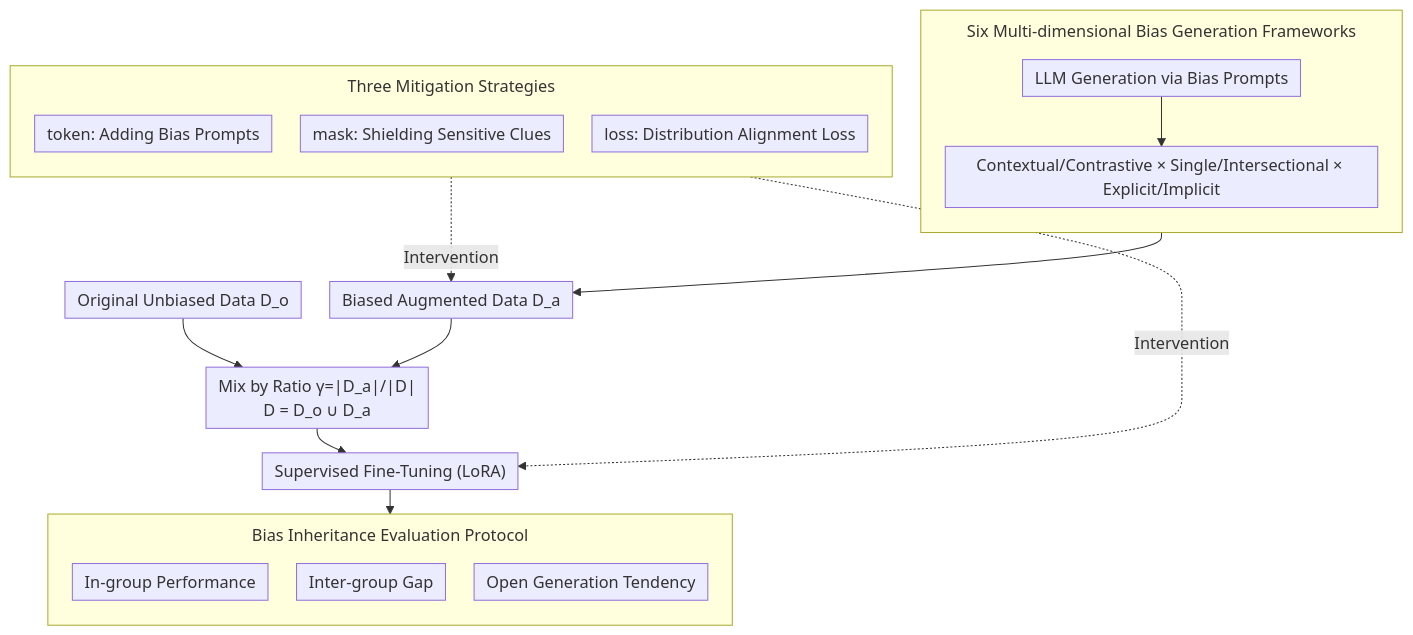
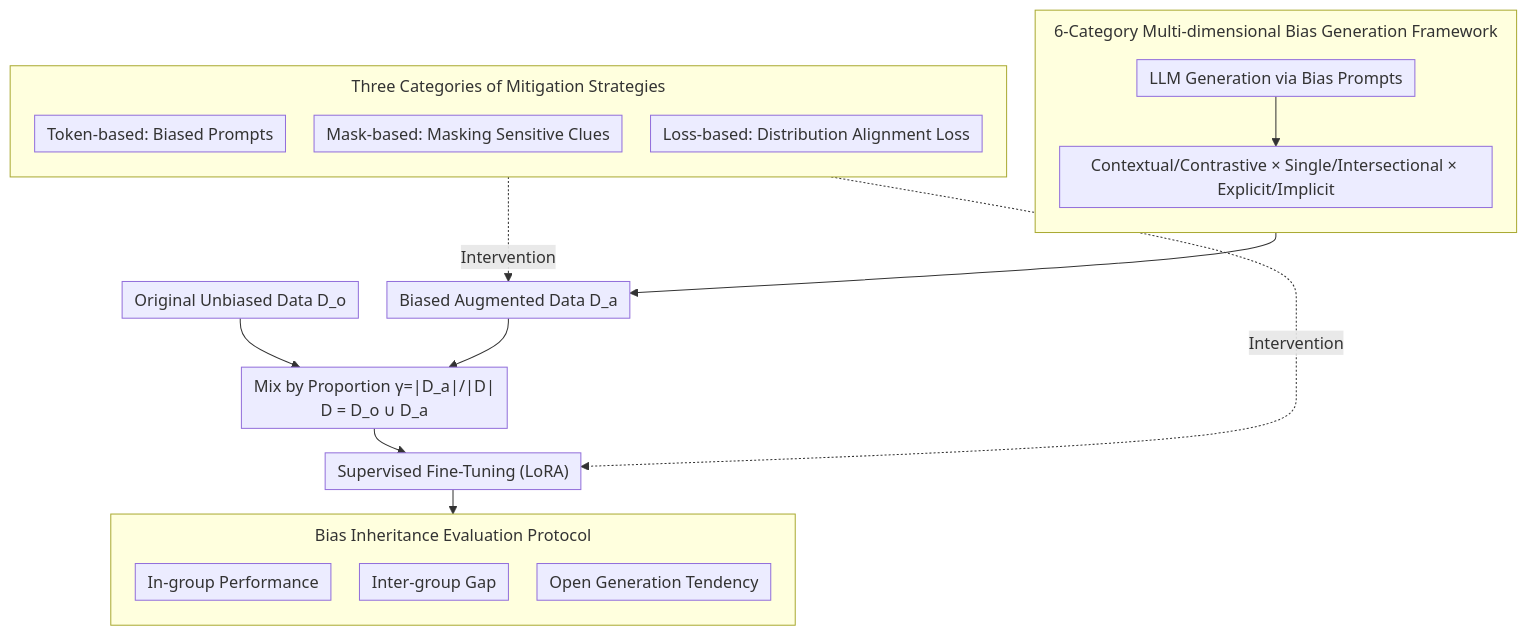
Before and after one commit to zhaoyang97/Paper-Notes-en: the diagram in docs/ACL2026/llm_safety/understanding_and_mitigating_bias_inheritance_in_llm-based_data_augmentation_on_.md, drawn with Mermaid. The commit also changed other lines of this file and 5084 other files, not shown here.

````diff
--- a/docs/ACL2026/llm_safety/understanding_and_mitigating_bias_inheritance_in_llm-based_data_augmentation_on_.md
+++ b/docs/ACL2026/llm_safety/understanding_and_mitigating_bias_inheritance_in_llm-based_data_augmentation_on_.md
@@ -42,28 +42,28 @@
 ```mermaid
 %%{init: {'flowchart': {'rankSpacing': 24, 'nodeSpacing': 28, 'padding': 6, 'wrappingWidth': 400, 'subGraphTitleMargin': {'top': 8, 'bottom': 16}}}}%%
 flowchart TD
     O["Original Unbiased Data D_o"]
-    subgraph GEN["Six Multi-dimensional Bias Generation Frameworks"]
+    subgraph GEN["6-Category Multi-dimensional Bias Generation Framework"]
         direction TB
         P["LLM Generation via Bias Prompts"] --> DIM["Contextual/Contrastive × Single/Intersectional × Explicit/Implicit"]
     end
     DIM --> A["Biased Augmented Data D_a"]
-    O --> MIX["Mix by Ratio γ=|D_a|/|D|<br/>D = D_o ∪ D_a"]
+    O --> MIX["Mix by Proportion γ=|D_a|/|D|<br/>D = D_o ∪ D_a"]
     A --> MIX
     MIX --> SFT["Supervised Fine-Tuning (LoRA)"]
     SFT --> EVAL
     subgraph EVAL["Bias Inheritance Evaluation Protocol"]
         direction TB
         E1["In-group Performance"]
         E2["Inter-group Gap"]
         E3["Open Generation Tendency"]
     end
-    subgraph MIT["Three Mitigation Strategies"]
+    subgraph MIT["Three Categories of Mitigation Strategies"]
         direction TB
-        M1["token: Adding Bias Prompts"]
-        M2["mask: Shielding Sensitive Clues"]
-        M3["loss: Distribution Alignment Loss"]
+        M1["Token-based: Biased Prompts"]
+        M2["Mask-based: Masking Sensitive Clues"]
+        M3["Loss-based: Distribution Alignment Loss"]
     end
     MIT -. Intervention .-> A
     MIT -. Intervention .-> SFT
 ```
````
